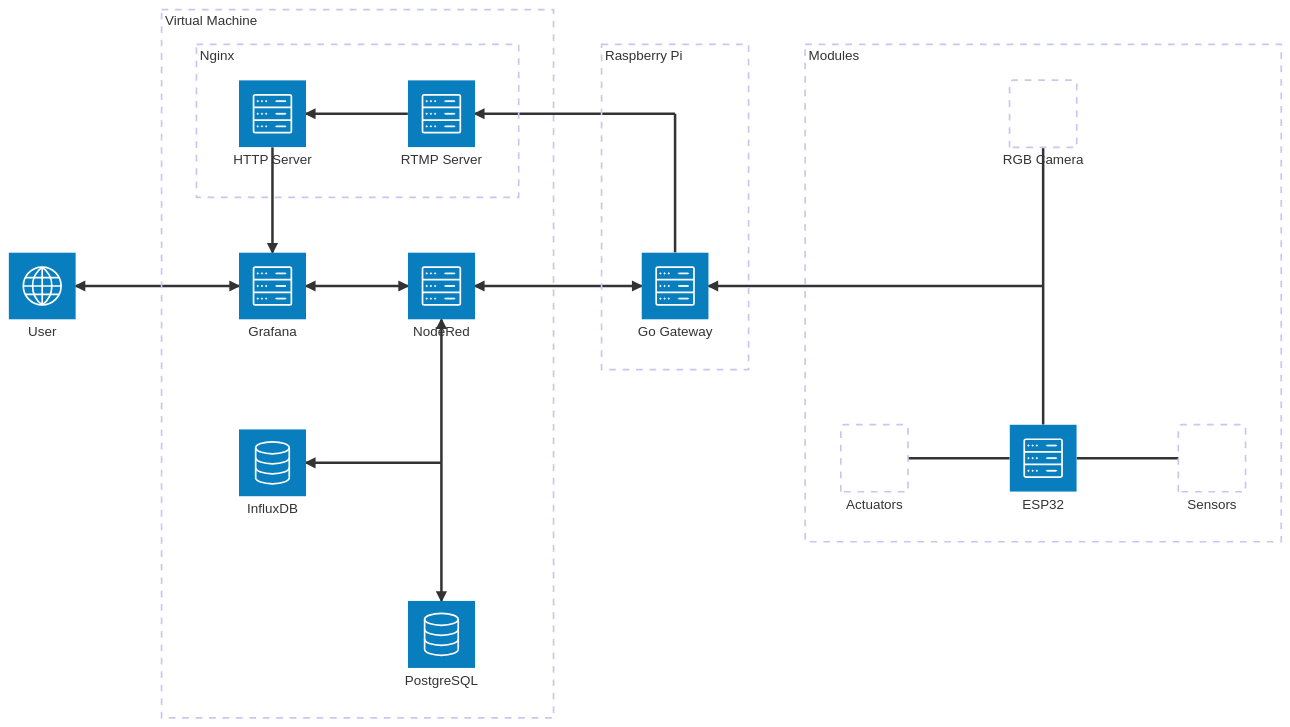
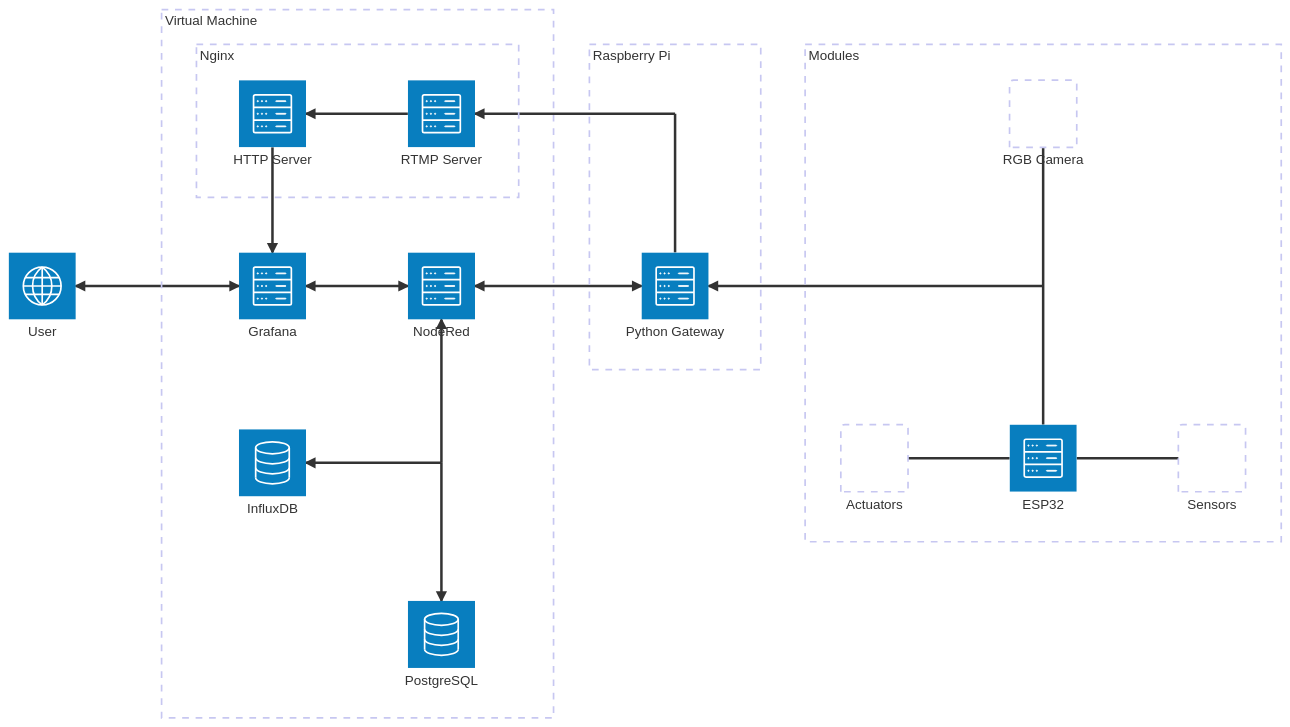
The first of 4 diagrams in README.md (slopma/camara-crecimiento-SISE), drawn with Mermaid before and after one commit. The commit also changed 26 other files, not shown here.

````diff
--- a/README.md
+++ b/README.md
@@ -5,53 +5,53 @@
 ```mermaid
 architecture-beta
 
     service user(internet)[User]
     
     group vm[Virtual Machine]
 
     service grafana(server)[Grafana] in vm
     service nodered(server)[NodeRed] in vm
     service influx(database)[InfluxDB] in vm
     service postgres(database)[PostgreSQL] in vm
 
     group nginx[Nginx] in vm
     service rtmpserver(server)[RTMP Server] in nginx
     service httpserver(server)[HTTP Server] in nginx
 
     junction data in vm
 
     user:R <--> L:grafana
     grafana:R <--> L:nodered
     grafana:T <-- B:httpserver
     nodered:B <-- T:data
     data:L --> R:influx
     data:B --> T:postgres
     httpserver:R <-- L:rtmpserver
 
     group raspi[Raspberry Pi]
 
-    service gateway(server)[Go Gateway] in raspi
+    service gateway(server)[Python Gateway] in raspi
 
     junction video in raspi
 
     nodered:R <--> L:gateway
     rtmpserver:R <-- L:video
     video:B -- T:gateway
 
     group module[Modules]
 
     service camera[RGB Camera] in module
     service sensors[Sensors] in module
     service actuators[Actuators] in module
     service esp(server)[ESP32] in module
 
     junction components in module
 
 
     esp:T -- B:components
     camera:B -- T:components
     components:L --> R:gateway
     esp:R -- L:sensors
     esp:L -- R:actuators
 
 ```
````
